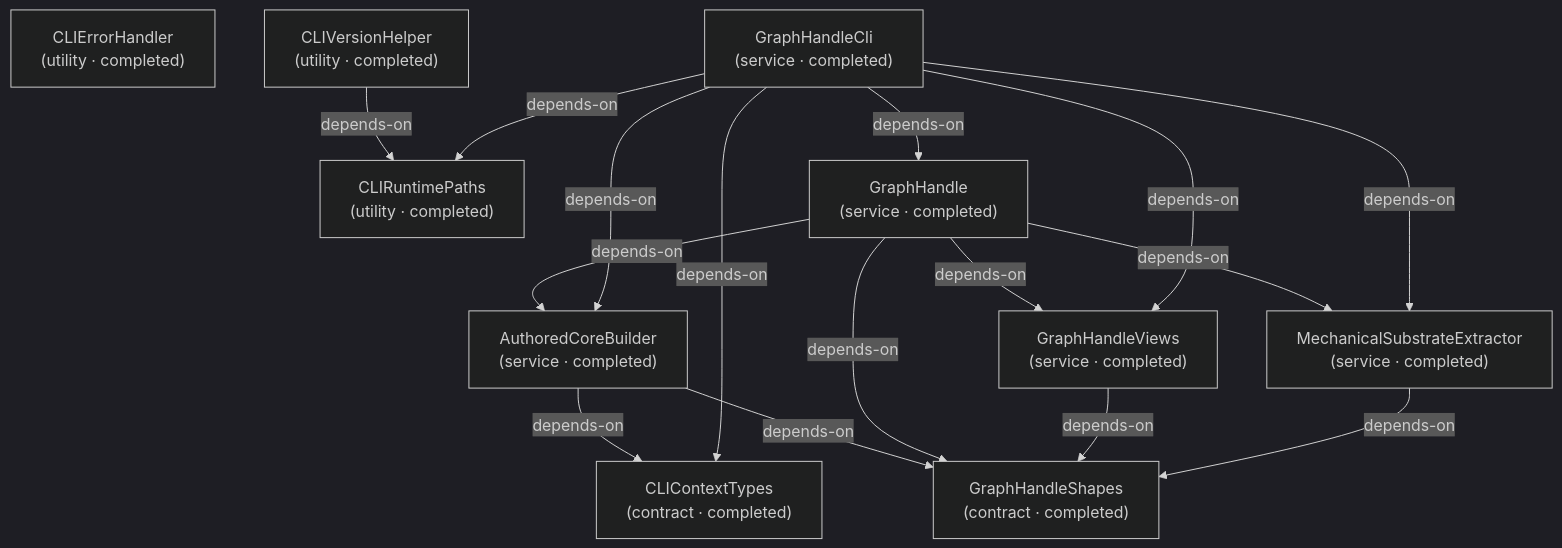
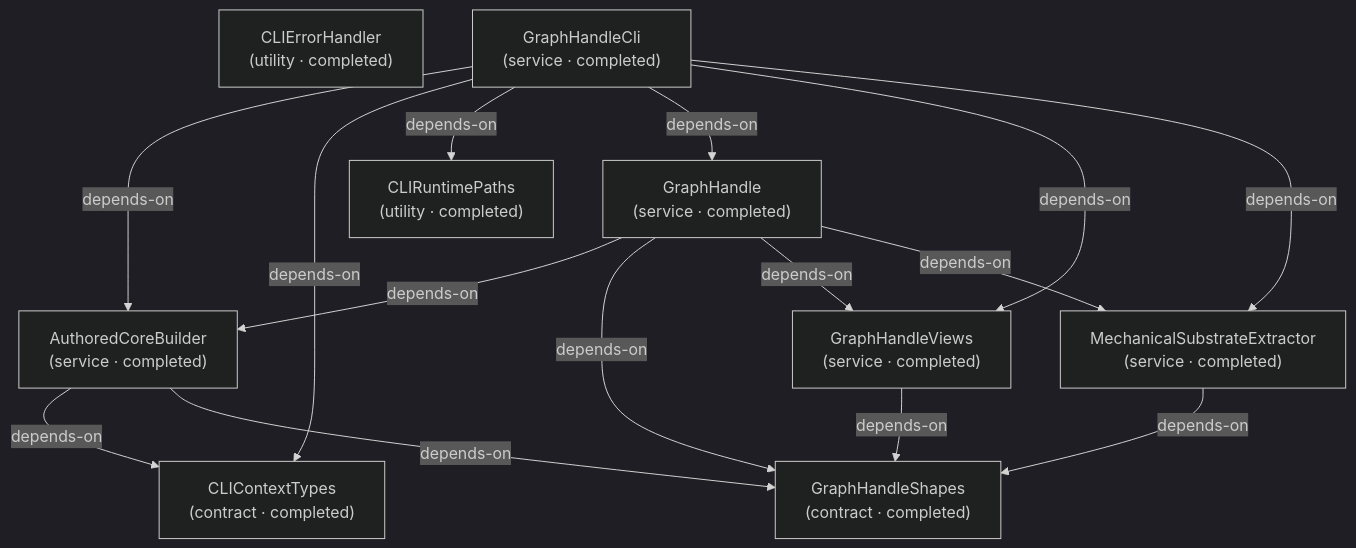
Before and after one commit to libar-dev/architect: the second of 7 diagrams in docs-live/design-review/by-package.md, drawn with Mermaid (dark theme). The commit also changed other lines of this file and 20 other files, not shown here.

````diff
--- a/docs-live/design-review/by-package.md
+++ b/docs-live/design-review/by-package.md
@@ -42,28 +42,26 @@
 ```mermaid
 graph TD
   authoredcorebuilder["AuthoredCoreBuilder<br/>(service · completed)"]
   clicontexttypes["CLIContextTypes<br/>(contract · completed)"]
   clierrorhandler["CLIErrorHandler<br/>(utility · completed)"]
   cliruntimepaths["CLIRuntimePaths<br/>(utility · completed)"]
-  cliversionhelper["CLIVersionHelper<br/>(utility · completed)"]
   graphhandle["GraphHandle<br/>(service · completed)"]
   graphhandlecli["GraphHandleCli<br/>(service · completed)"]
   graphhandleshapes["GraphHandleShapes<br/>(contract · completed)"]
   graphhandleviews["GraphHandleViews<br/>(service · completed)"]
   mechanicalsubstrateextractor["MechanicalSubstrateExtractor<br/>(service · completed)"]
   authoredcorebuilder -->|depends-on| clicontexttypes
   authoredcorebuilder -->|depends-on| graphhandleshapes
-  cliversionhelper -->|depends-on| cliruntimepaths
   graphhandle -->|depends-on| authoredcorebuilder
   graphhandle -->|depends-on| graphhandleshapes
   graphhandle -->|depends-on| graphhandleviews
   graphhandle -->|depends-on| mechanicalsubstrateextractor
   graphhandlecli -->|depends-on| authoredcorebuilder
   graphhandlecli -->|depends-on| clicontexttypes
   graphhandlecli -->|depends-on| cliruntimepaths
   graphhandlecli -->|depends-on| graphhandle
   graphhandlecli -->|depends-on| graphhandleviews
   graphhandlecli -->|depends-on| mechanicalsubstrateextractor
   graphhandleviews -->|depends-on| graphhandleshapes
   mechanicalsubstrateextractor -->|depends-on| graphhandleshapes
 ```
````
